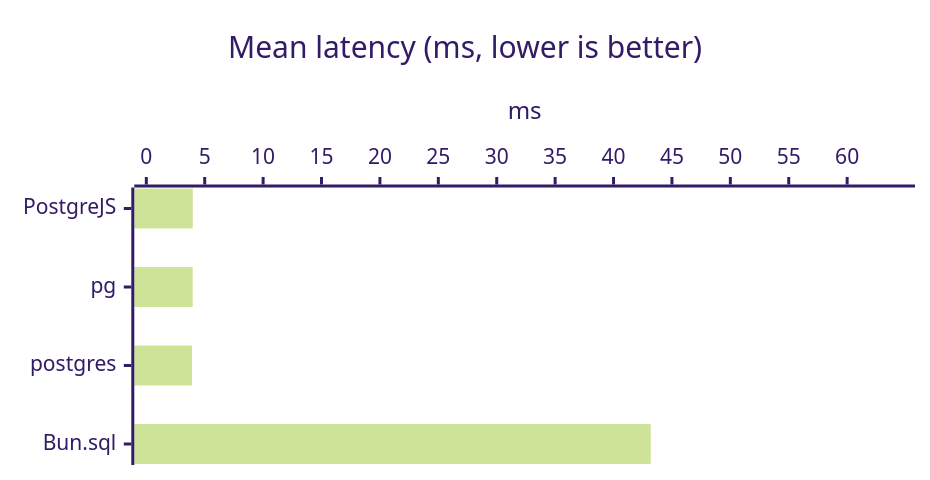
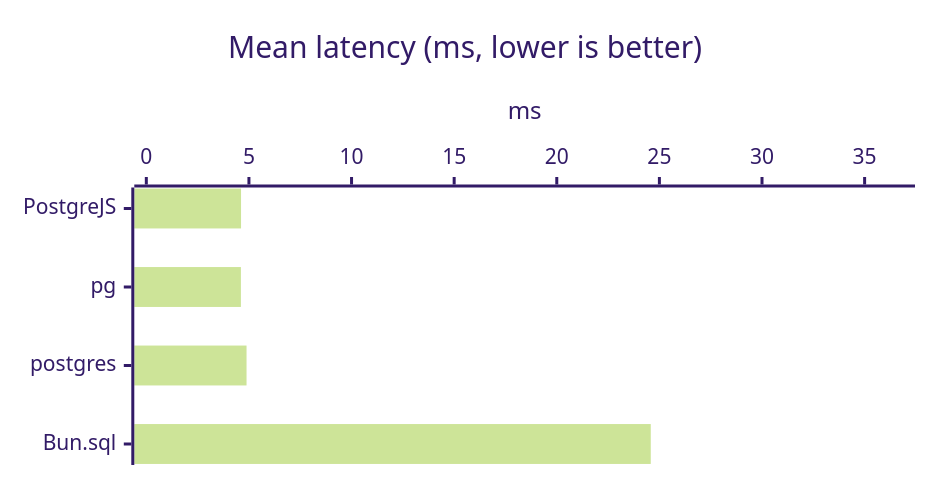
One commit to panates/postgrejs-doc changed the seventh of 56 diagrams in docs/getting-started/benchmarks-bun.md. Above: the diagram before and after it, drawn with Mermaid (forest theme). The commit also changed other lines of this file and 13 other files, not shown here.

````diff
--- a/docs/getting-started/benchmarks-bun.md
+++ b/docs/getting-started/benchmarks-bun.md
@@ -235,8 +242,8 @@
 ```mermaid
 %%{init: {'xyChart': {'width': 600, 'height': 300, 'chartOrientation': 'horizontal'}}}%%
 xychart-beta
     title "Mean latency (ms, lower is better)"
     x-axis ["PostgreJS", "pg", "postgres", "Bun.sql"]
-    y-axis "ms" 0.0000 --> 64.7804
-    bar [3.9765, 3.9707, 3.9160, 43.1869]
+    y-axis "ms" 0.0000 --> 36.8690
+    bar [4.6156, 4.6089, 4.8834, 24.5793]
 ```
````
